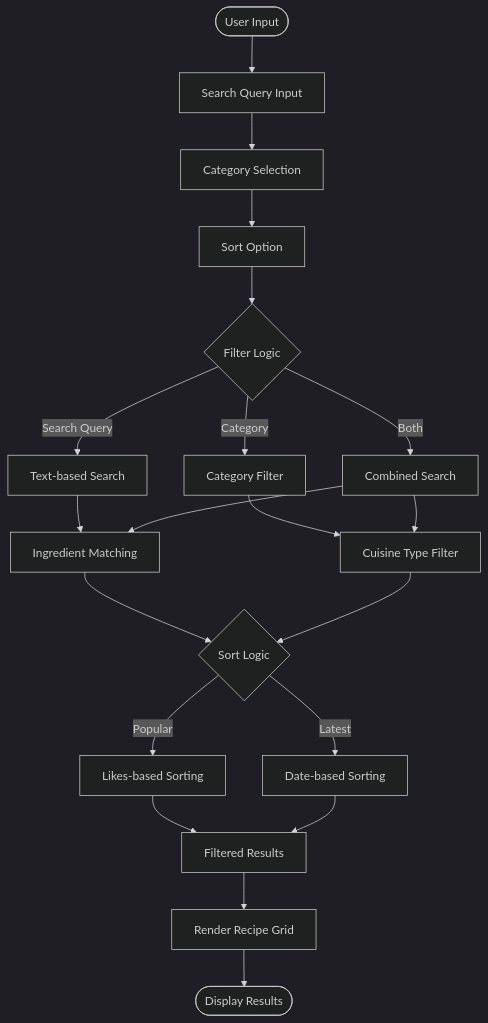
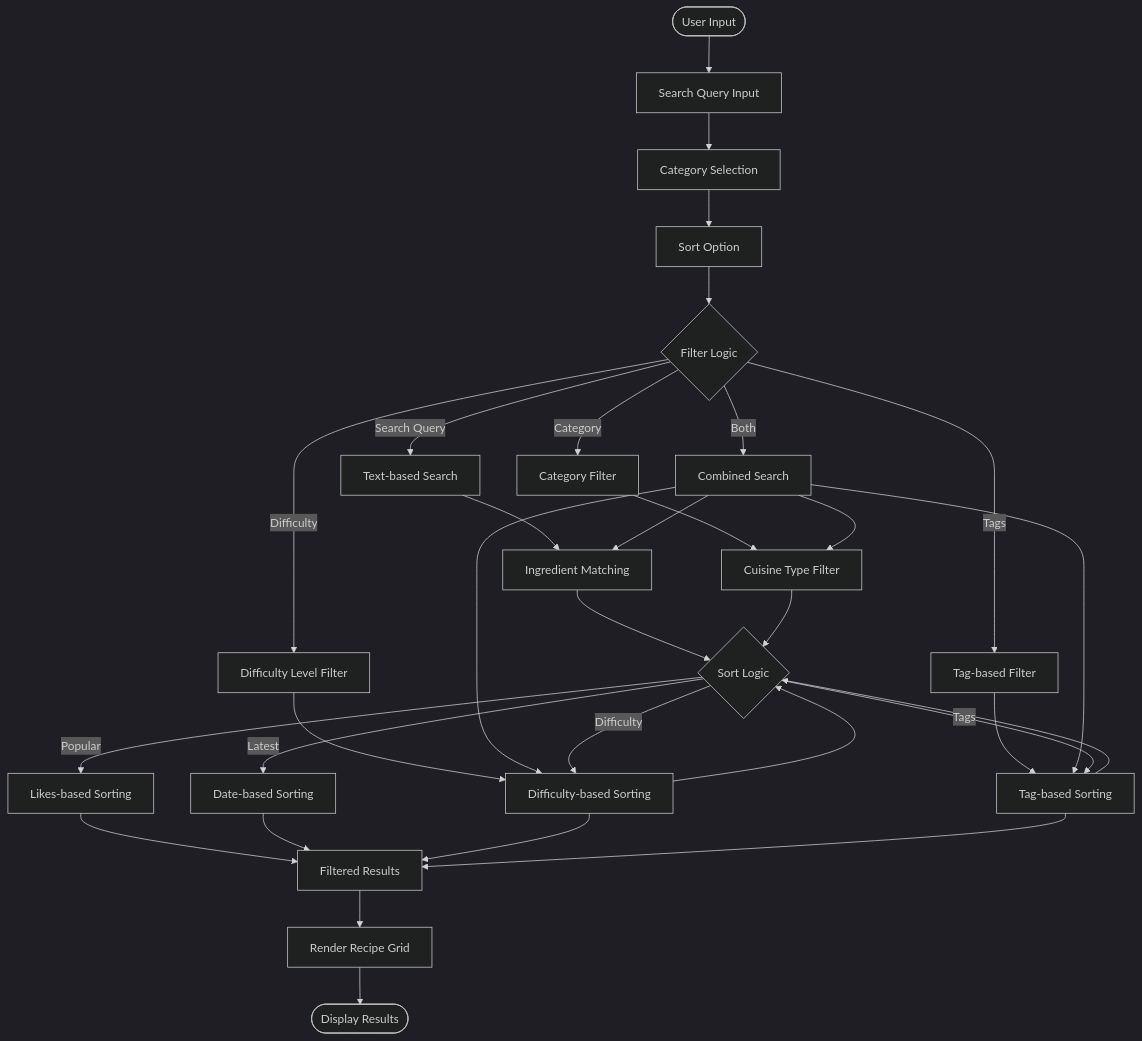
One commit to aayeshasiddiqah2611-pixel/flavora_ai_server changed the sixth of 8 diagrams in .qoder/repowiki/en/content/Core Features/Mock Data System.md. Above: the diagram before and after it, drawn with Mermaid (dark theme). The commit also changed other lines of this file and 2 other files, not shown here.

````diff
--- a/.qoder/repowiki/en/content/Core Features/Mock Data System.md
+++ b/.qoder/repowiki/en/content/Core Features/Mock Data System.md
@@ -355,22 +363,34 @@
 ```mermaid
 flowchart TD
 Start([User Input]) --> SearchQuery["Search Query Input"]
 SearchQuery --> CategoryFilter["Category Selection"]
 CategoryFilter --> SortOption["Sort Option"]
 SortOption --> FilterLogic{"Filter Logic"}
 FilterLogic --> |Search Query| TextSearch["Text-based Search"]
 FilterLogic --> |Category| CategorySearch["Category Filter"]
+FilterLogic --> |Difficulty| DifficultyFilter["Difficulty Level Filter"]
+FilterLogic --> |Tags| TagFilter["Tag-based Filter"]
 FilterLogic --> |Both| CombinedSearch["Combined Search"]
 TextSearch --> IngredientSearch["Ingredient Matching"]
 CategorySearch --> CuisineFilter["Cuisine Type Filter"]
+DifficultyFilter --> DifficultySort["Difficulty-based Sorting"]
+TagFilter --> TagSort["Tag-based Sorting"]
 CombinedSearch --> IngredientSearch
 CombinedSearch --> CuisineFilter
+CombinedSearch --> DifficultySort
+CombinedSearch --> TagSort
 IngredientSearch --> SortLogic{"Sort Logic"}
 CuisineFilter --> SortLogic
+DifficultySort --> SortLogic
+TagSort --> SortLogic
 SortLogic --> |Popular| PopularitySort["Likes-based Sorting"]
 SortLogic --> |Latest| DateSort["Date-based Sorting"]
+SortLogic --> |Difficulty| DifficultySort
+SortLogic --> |Tags| TagSort
 PopularitySort --> Results["Filtered Results"]
 DateSort --> Results
+DifficultySort --> Results
+TagSort --> Results
 Results --> Render["Render Recipe Grid"]
 Render --> End([Display Results])
 ```
````
